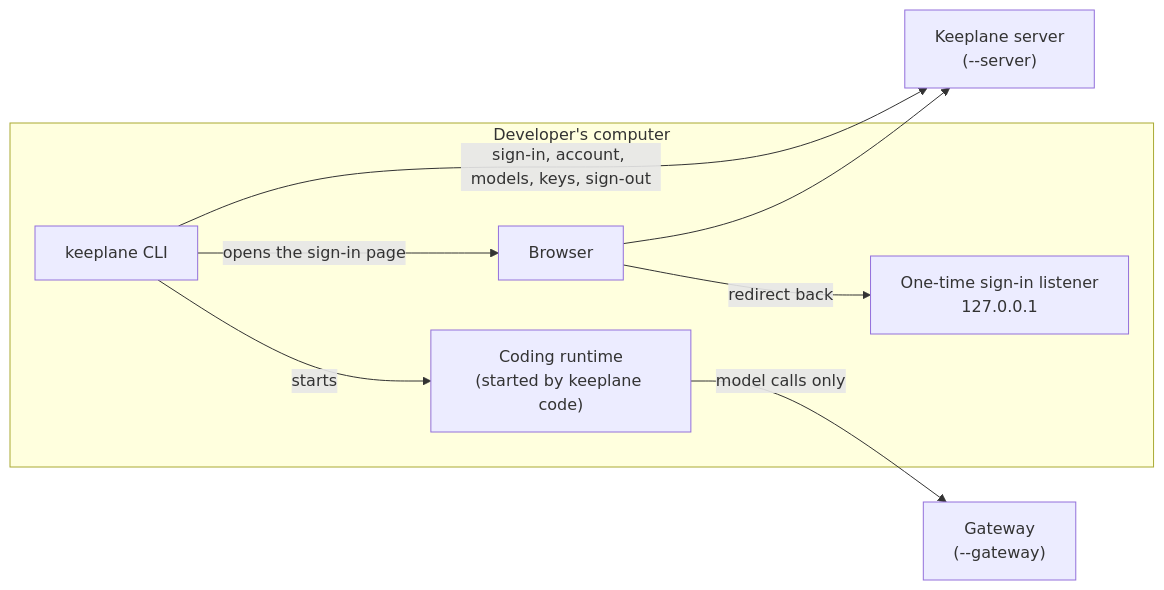
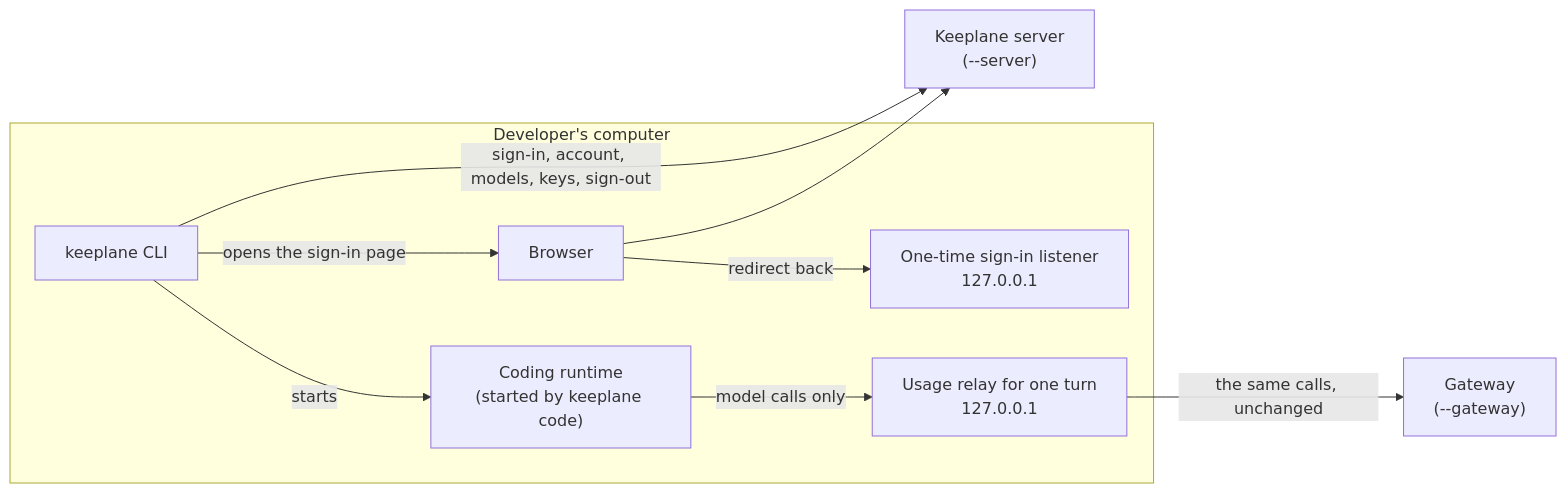
The second of 2 diagrams in docs/guide/outbound-connections.md (OsamaFelFel/keeplane), drawn with Mermaid before and after one commit. The commit also changed other lines of this file and 26 other files, not shown here.

Commit message:
feat(cli): report each turn's usage through a loopback relay and add keeplane usage

````diff
--- a/docs/guide/outbound-connections.md
+++ b/docs/guide/outbound-connections.md
@@ -106,17 +106,19 @@
 ```mermaid
 flowchart LR
   subgraph laptop["Developer's computer"]
     cli["keeplane CLI"]
     callback["One-time sign-in listener<br/>127.0.0.1"]
     browser["Browser"]
     runtime["Coding runtime<br/>(started by keeplane code)"]
+    relay["Usage relay for one turn<br/>127.0.0.1"]
   end
   server["Keeplane server<br/>(--server)"]
   gateway["Gateway<br/>(--gateway)"]
   cli -- "sign-in, account, models, keys, sign-out" --> server
   cli -- "opens the sign-in page" --> browser
   browser --> server
   browser -- "redirect back" --> callback
   cli -- "starts" --> runtime
-  runtime -- "model calls only" --> gateway
+  runtime -- "model calls only" --> relay
+  relay -- "the same calls, unchanged" --> gateway
 ```
````
